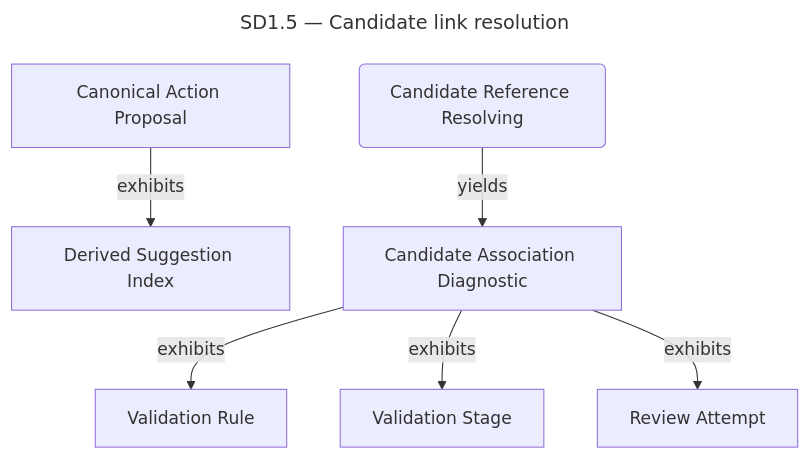
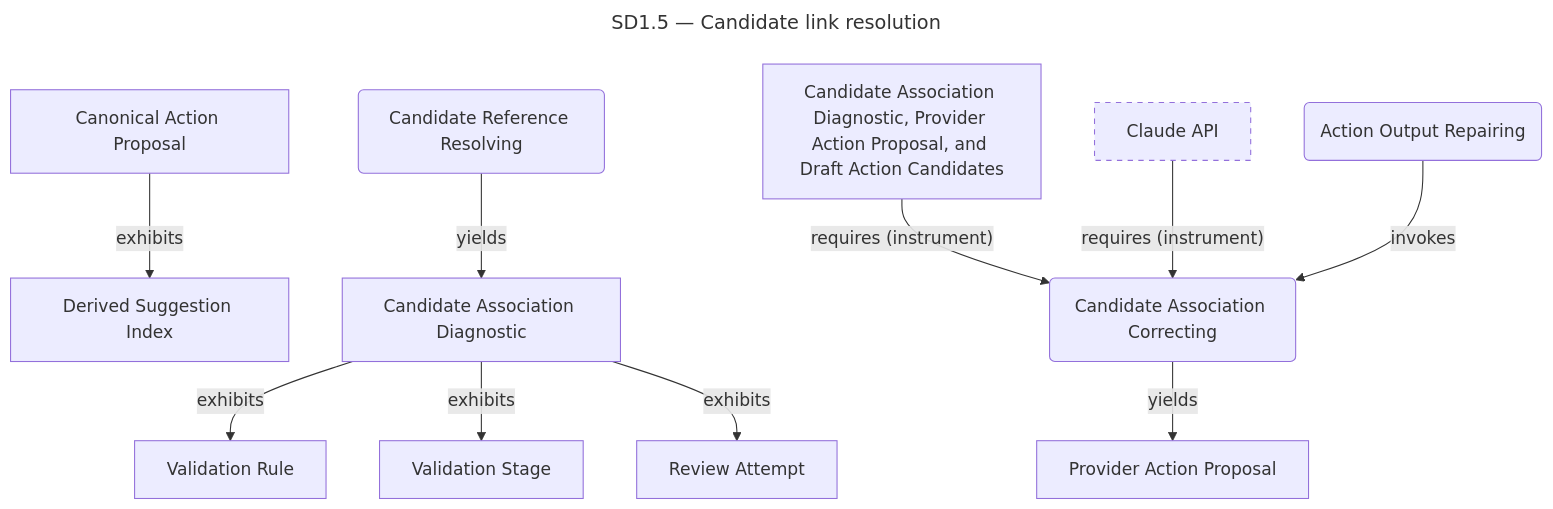
The sixth of 7 diagrams in opm/system.md (ojfbot/daily-logger), drawn with Mermaid before and after one commit. The commit also changed other lines of this file and 4 other files, not shown here.

Commit message:
Prototype candidate-scoped action association repair offline

````diff
--- a/opm/system.md
+++ b/opm/system.md
@@ -1167,20 +1167,30 @@
 ```mermaid
 ---
 title: "SD1.5 — Candidate link resolution"
 ---
 flowchart TD
   accTitle: SD1.5 — Candidate link resolution
   accDescr: Lossy system model projection. Complete source facts follow this diagram.
   n200["Derived Suggestion Index"]
   n39["Canonical Action Proposal"]
   n34("Candidate Reference Resolving")
   n201["Candidate Association Diagnostic"]
   n202["Validation Rule"]
   n203["Validation Stage"]
   n204["Review Attempt"]
+  n205["Candidate Association Diagnostic, Provider Action Proposal, and Draft Action Candidates"]
+  n206("Candidate Association Correcting")
+  n36["Claude API"]
+  style n36 stroke-dasharray: 5 5
+  n37["Provider Action Proposal"]
+  n41("Action Output Repairing")
   n39 -->|"exhibits"| n200
   n34 -->|"yields"| n201
   n201 -->|"exhibits"| n202
   n201 -->|"exhibits"| n203
   n201 -->|"exhibits"| n204
+  n205 -->|"requires (instrument)"| n206
+  n36 -->|"requires (instrument)"| n206
+  n206 -->|"yields"| n37
+  n41 -->|"invokes"| n206
 ```
````
